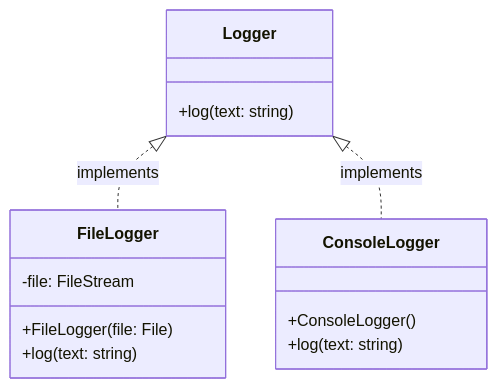
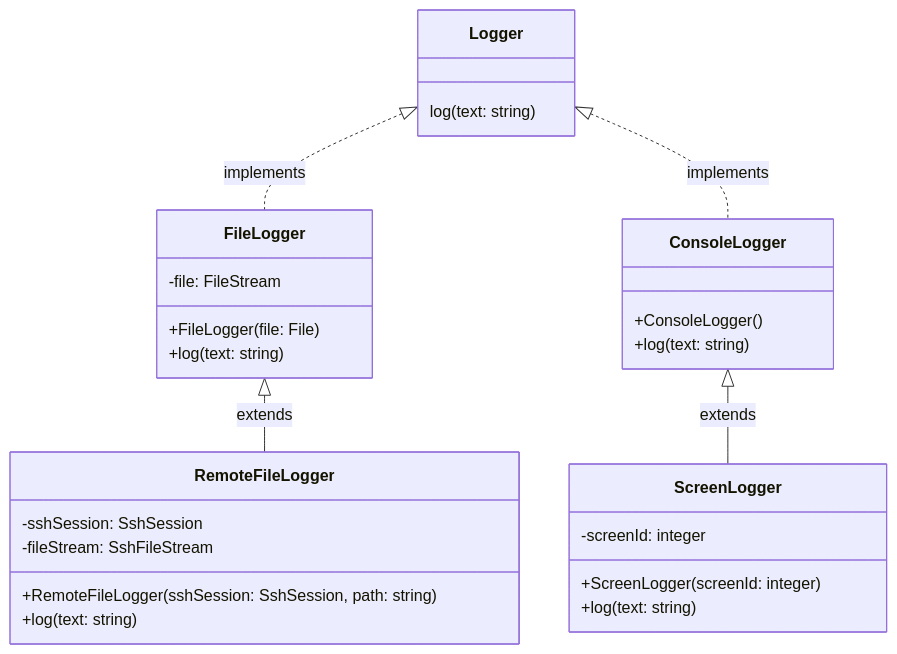
The diagram in GSE1/Dependency Injecction.md (Frank-Mayer/Schule), drawn with Mermaid before and after one commit.

Commit message:
added more to class diagram example

````diff
--- a/GSE1/Dependency Injecction.md
+++ b/GSE1/Dependency Injecction.md
@@ -69,21 +69,35 @@
 ```mermaid
 classDiagram
 
 class Logger{
-	+log(text: string)
+	log(text: string)
 }
 
 class FileLogger {
 	-file: FileStream
 	+FileLogger(file: File)
 	+log(text: string)
 }
+Logger <|.. FileLogger : implements
+
+class RemoteFileLogger {
+	-sshSession: SshSession
+	-fileStream: SshFileStream
+	+RemoteFileLogger(sshSession: SshSession, path: string)
+	+log(text: string)
+}
+FileLogger <|-- RemoteFileLogger : extends
 
 class ConsoleLogger {
 	+ConsoleLogger()
 	+log(text: string)
 }
+Logger <|.. ConsoleLogger : implements
 
-Logger <|.. FileLogger : implements
-Logger <|.. ConsoleLogger : implements
+class ScreenLogger {
+	-screenId: integer
+	+ScreenLogger(screenId: integer)
+	+log(text: string)
+}
+ConsoleLogger <|-- ScreenLogger : extends
 ```
````
